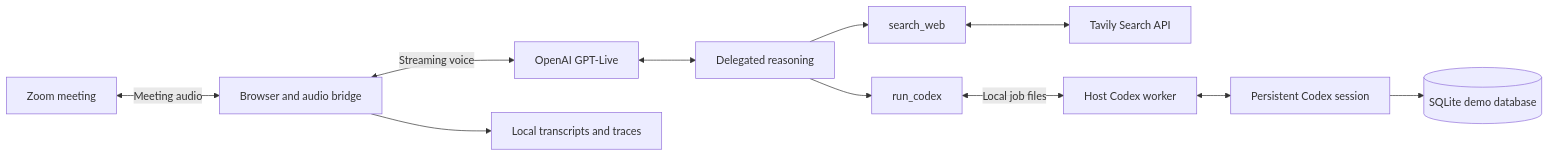
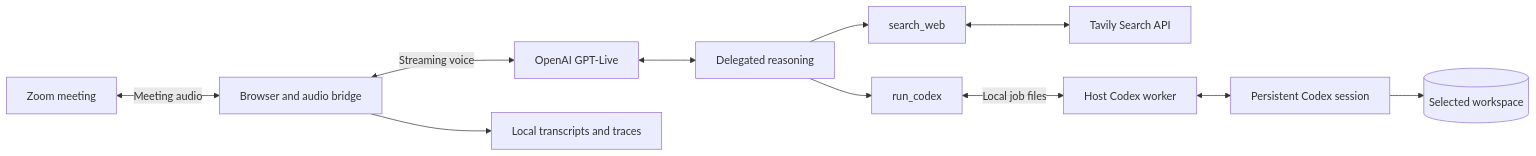
The diagram in README.md (kaelorlabs/smitline), drawn with Mermaid before and after one commit. The commit also changed other lines of this file and 3 other files, not shown here.

````diff
--- a/README.md
+++ b/README.md
@@ -164,13 +156,13 @@
 ```mermaid
 flowchart LR
     Team[Zoom meeting] <-->|Meeting audio| Bridge[Browser and audio bridge]
     Bridge <-->|Streaming voice| Voice[OpenAI GPT-Live]
     Voice <--> Backend[Delegated reasoning]
     Backend --> Search[search_web]
     Search <--> Tavily[Tavily Search API]
     Backend --> Tool[run_codex]
     Tool <-->|Local job files| Worker[Host Codex worker]
     Worker <--> Session[Persistent Codex session]
-    Session --> DB[(SQLite demo database)]
+    Session --> Workspace[(Selected workspace)]
     Bridge --> Records[Local transcripts and traces]
 ```
````
